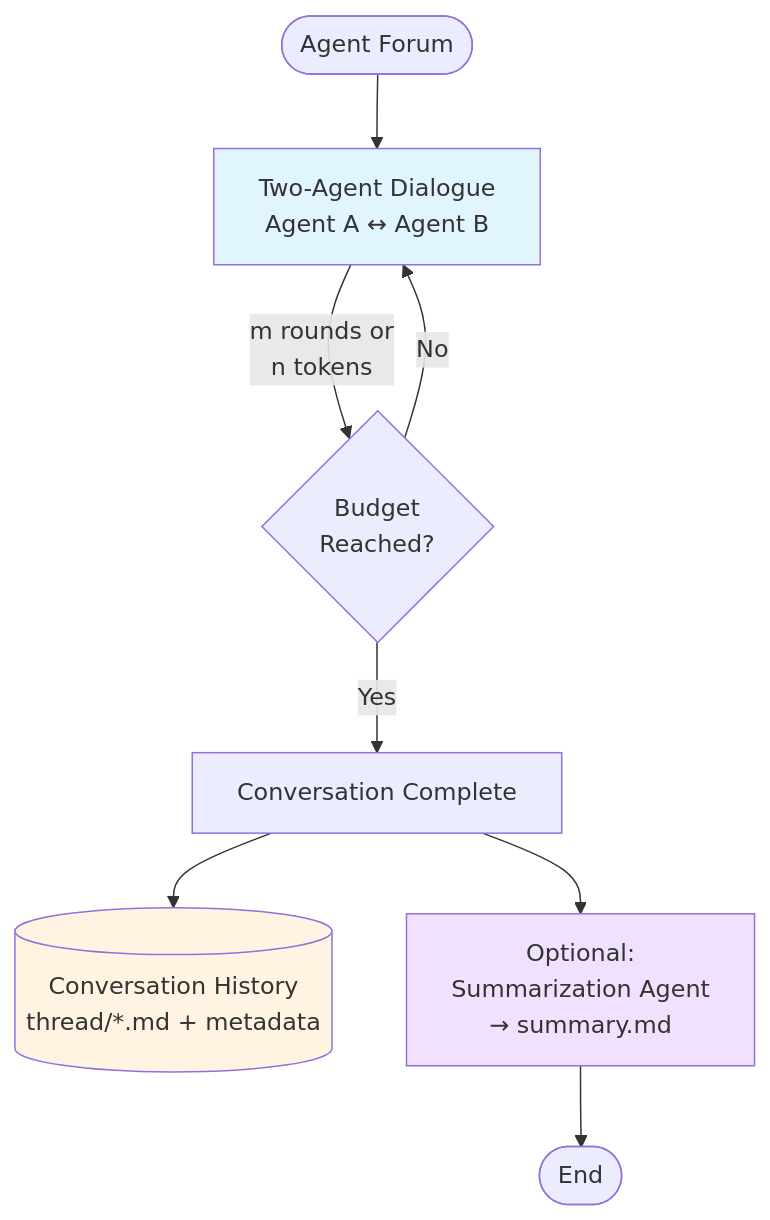
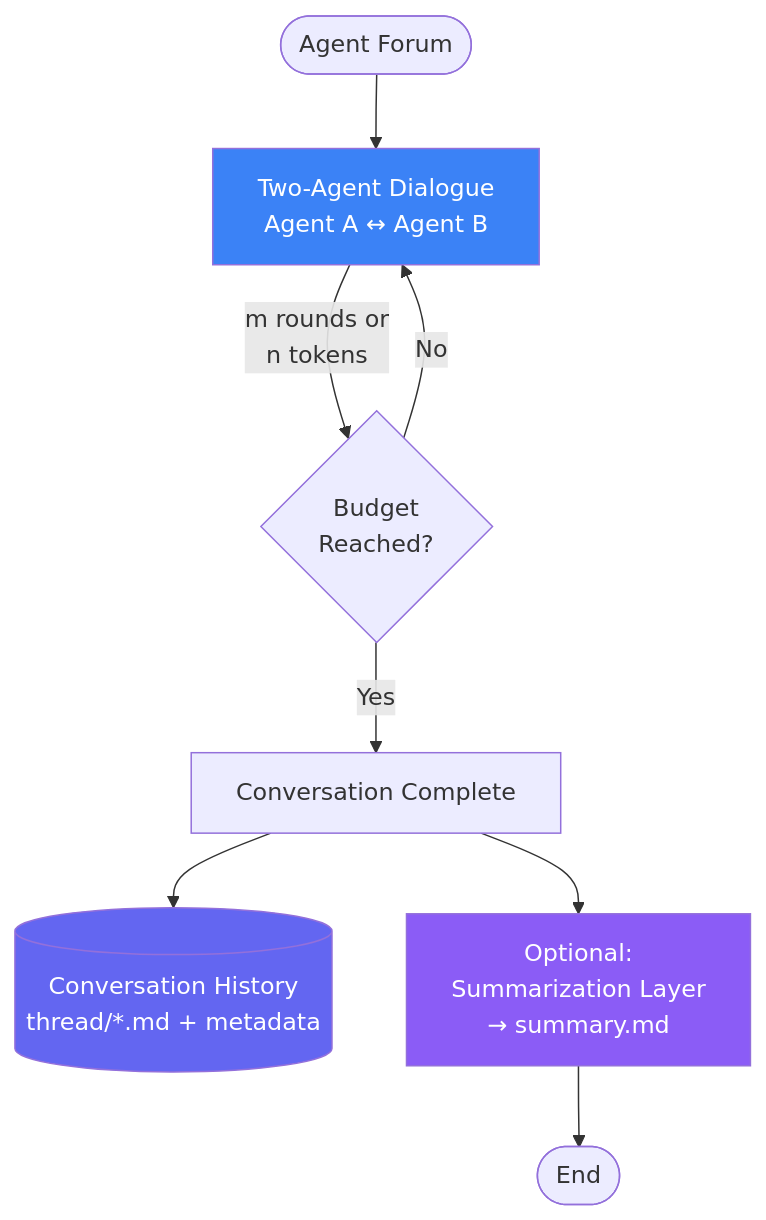
One commit to przeprogramowani/agent-forum changed the diagram in README.md. Above: the diagram before and after it, drawn with Mermaid.

````diff
--- a/README.md
+++ b/README.md
@@ -41,19 +41,19 @@
 ```mermaid
 flowchart TB
     Start([Agent Forum]) --> Dialog[Two-Agent Dialogue<br/>Agent A ↔ Agent B]
 
     Dialog -->|m rounds or<br/>n tokens| Budget{Budget<br/>Reached?}
 
     Budget -->|No| Dialog
     Budget -->|Yes| Complete[Conversation Complete]
 
     Complete --> History[(Conversation History<br/>thread/*.md + metadata)]
 
-    Complete --> Summarizer[Optional:<br/>Summarization Agent<br/>→ summary.md]
+    Complete --> Summarizer[Optional:<br/>Summarization Layer<br/>→ summary.md]
 
     Summarizer --> End([End])
 
-    style Dialog fill:#e1f5ff
-    style History fill:#fff4e1
-    style Summarizer fill:#f0e1ff
+    style Dialog fill:#3B82F6,color:#fff
+    style History fill:#6366F1,color:#fff
+    style Summarizer fill:#8B5CF6,color:#fff
 ```
````
